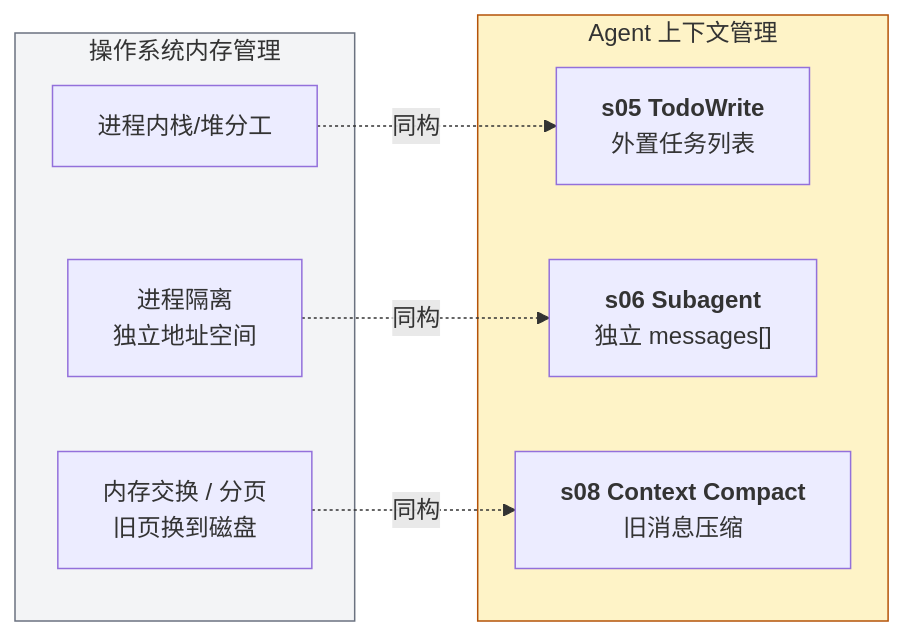
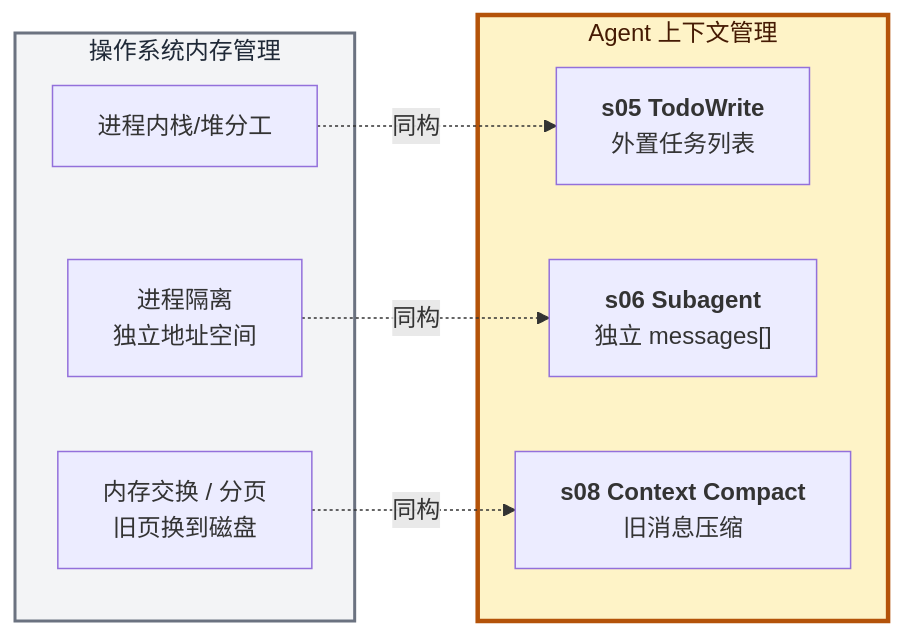
The second of 2 diagrams in Agent/Harness/Claude Code/Phase 2 - 上下文治理/00 - 综合总结.md (PyrePuin/From-Zero-LLM-Agent-Infra-Notes), drawn with Mermaid before and after one commit. The commit also changed other lines of this file and 23 other files, not shown here.

First line of the commit message:
refactor(mermaid): 统一所有图的视觉规范

````diff
--- a/Agent/Harness/Claude Code/Phase 2 - 上下文治理/00 - 综合总结.md
+++ b/Agent/Harness/Claude Code/Phase 2 - 上下文治理/00 - 综合总结.md
@@ -132,19 +133,20 @@
 ```mermaid
+%%{init: {'themeVariables': {'fontSize': '16px', 'fontFamily': 'ui-sans-serif, system-ui, -apple-system, "Segoe UI", Roboto, sans-serif'}}}%%
 flowchart LR
     subgraph OS["操作系统内存管理"]
         O1["进程内栈/堆分工"]
         O2["进程隔离<br/>独立地址空间"]
         O3["内存交换 / 分页<br/>旧页换到磁盘"]
     end
     subgraph Agent["Agent 上下文管理"]
         A1["<b>s05 TodoWrite</b><br/>外置任务列表"]
         A2["<b>s06 Subagent</b><br/>独立 messages[]"]
         A3["<b>s08 Context Compact</b><br/>旧消息压缩"]
     end
     O1 -.->|同构| A1
     O2 -.->|同构| A2
     O3 -.->|同构| A3
 
-    style OS fill:#f3f4f6,stroke:#6b7280
-    style Agent fill:#fef3c7,stroke:#b45309
+    style OS fill:#f3f4f6,stroke:#6b7280,stroke-width:2px,color:#1f2937
+    style Agent fill:#fef3c7,stroke:#b45309,stroke-width:3px,color:#451a03
 ```
````
